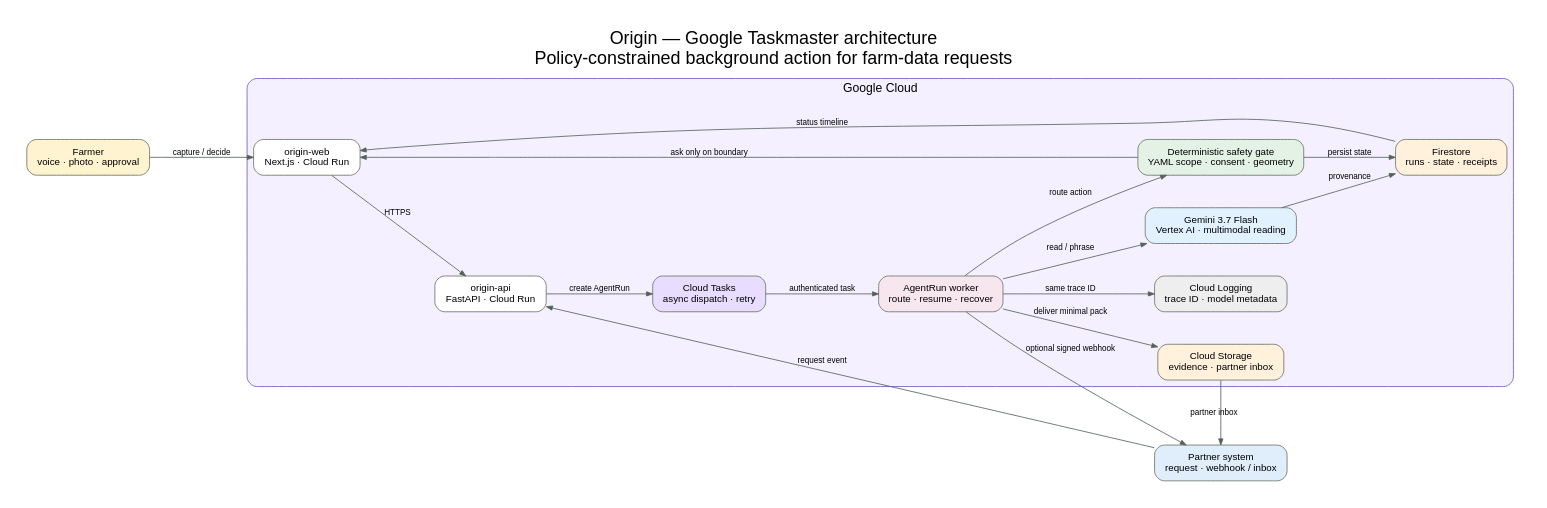
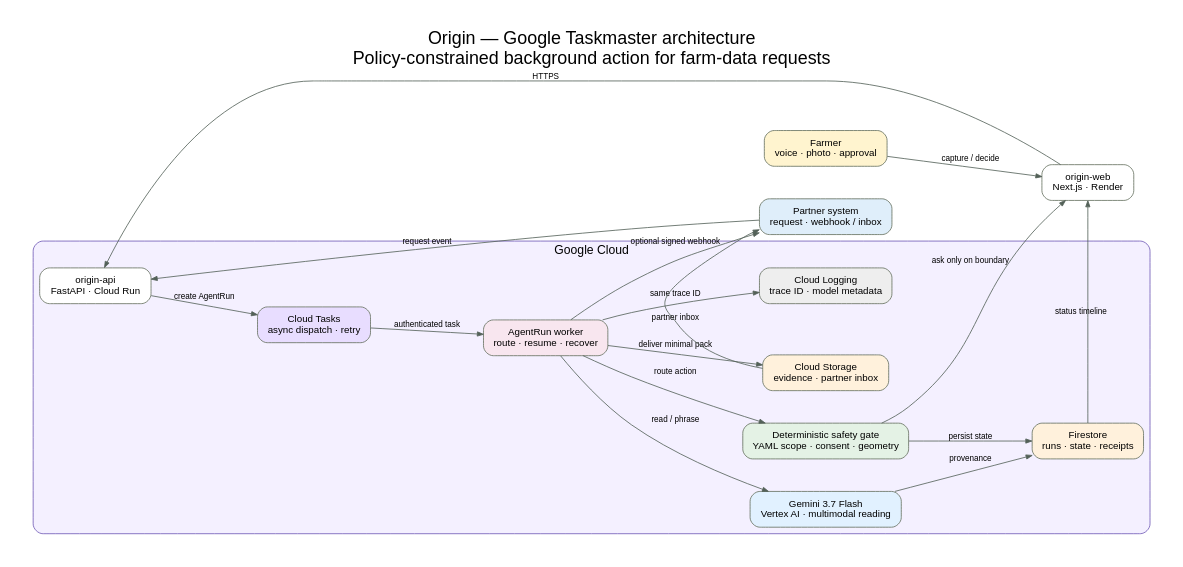
The diagram in docs/architecture.dot (ADLSHEVA/Agricultural-Informatization-Intelligent-Agent), drawn with Graphviz before and after one commit. The commit also changed 30 other files, not shown here.

```diff
--- a/docs/architecture.dot
+++ b/docs/architecture.dot
@@ -1,53 +1,53 @@
 digraph OriginHackathon {
   graph [
     rankdir=LR,
     bgcolor="white",
     pad="0.35",
     nodesep="0.55",
     ranksep="0.8",
     fontname="Arial",
     label="Origin — Google Taskmaster architecture\nPolicy-constrained background action for farm-data requests",
     labelloc="t",
     fontsize=22
   ];
   node [shape=box, style="rounded,filled", fontname="Arial", fontsize=12, margin="0.18,0.12", color="#65705f"];
   edge [fontname="Arial", fontsize=10, color="#536158", arrowsize=0.75];
 
   Farmer [label="Farmer\nvoice · photo · approval", fillcolor="#fff4cf"];
   Partner [label="Partner system\nrequest · webhook / inbox", fillcolor="#dfeefa"];
+  Web [label="origin-web\nNext.js · Render", fillcolor="#ffffff"];
 
   subgraph cluster_gcp {
     label="Google Cloud";
     color="#6f59b5";
     style="rounded,filled";
     fillcolor="#f4f0ff";
     fontname="Arial";
     fontsize=15;
 
-    Web [label="origin-web\nNext.js · Cloud Run", fillcolor="#ffffff"];
     Api [label="origin-api\nFastAPI · Cloud Run", fillcolor="#ffffff"];
     Tasks [label="Cloud Tasks\nasync dispatch · retry", fillcolor="#e8ddff"];
     Worker [label="AgentRun worker\nroute · resume · recover", fillcolor="#f8e6ef"];
     Gemini [label="Gemini 3.7 Flash\nVertex AI · multimodal reading", fillcolor="#e1f1ff"];
     Guard [label="Deterministic safety gate\nYAML scope · consent · geometry", fillcolor="#e4f2e5"];
     Firestore [label="Firestore\nruns · state · receipts", fillcolor="#fff1dc"];
     Storage [label="Cloud Storage\nevidence · partner inbox", fillcolor="#fff1dc"];
     Logs [label="Cloud Logging\ntrace ID · model metadata", fillcolor="#eeeeee"];
   }
 
   Farmer -> Web [label="capture / decide"];
   Partner -> Api [label="request event"];
   Web -> Api [label="HTTPS"];
   Api -> Tasks [label="create AgentRun"];
   Tasks -> Worker [label="authenticated task"];
   Worker -> Gemini [label="read / phrase"];
   Worker -> Guard [label="route action"];
   Guard -> Firestore [label="persist state"];
   Gemini -> Firestore [label="provenance"];
   Worker -> Storage [label="deliver minimal pack"];
   Storage -> Partner [label="partner inbox"];
   Worker -> Partner [label="optional signed webhook"];
   Worker -> Logs [label="same trace ID"];
   Firestore -> Web [label="status timeline"];
   Guard -> Web [label="ask only on boundary"];
 }
```
